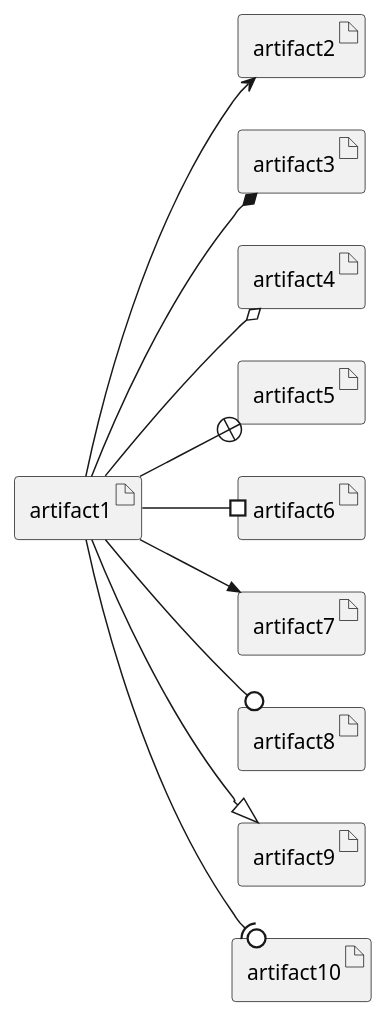
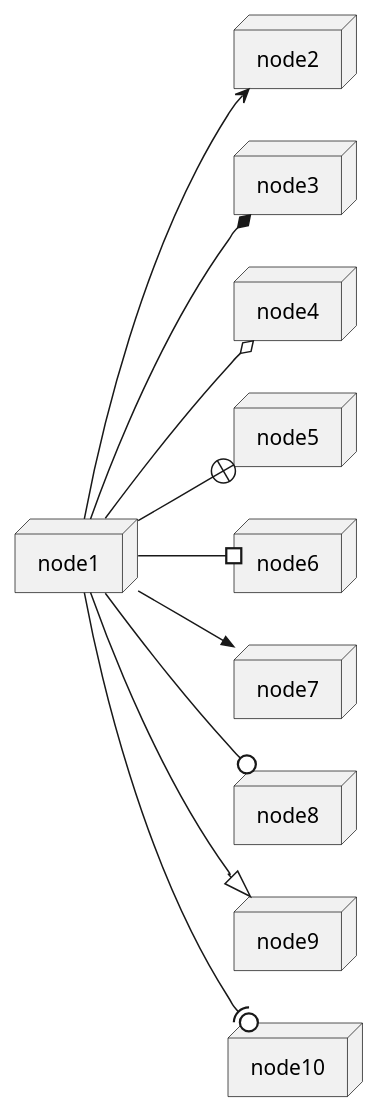
One commit to rostamiani/plantuml-course changed the diagram in 09-graph-arrows.puml. Above: the diagram before and after it, drawn with PlantUML. The commit also changed 2 other files, not shown here.

```diff
--- a/09-graph-arrows.puml
+++ b/09-graph-arrows.puml
@@ -1,24 +1,24 @@
 @startuml
 left to right direction
 
-artifact artifact1
-artifact artifact2
-artifact artifact3
-artifact artifact4
-artifact artifact5
-artifact artifact6
-artifact artifact7
-artifact artifact8
-artifact artifact9
-artifact artifact10
-artifact1 --> artifact2
-artifact1 --* artifact3
-artifact1 --o artifact4
-artifact1 --+ artifact5
-artifact1 --# artifact6
-artifact1 -->> artifact7
-artifact1 --0 artifact8
-artifact1 --^ artifact9
-artifact1 --(0 artifact10
+node node1
+node node2
+node node3
+node node4
+node node5
+node node6
+node node7
+node node8
+node node9
+node node10
+node1 --> node2
+node1 --* node3
+node1 --o node4
+node1 --+ node5
+node1 --# node6
+node1 -->> node7
+node1 --0 node8
+node1 --^ node9
+node1 --(0 node10
 
 @enduml
```
